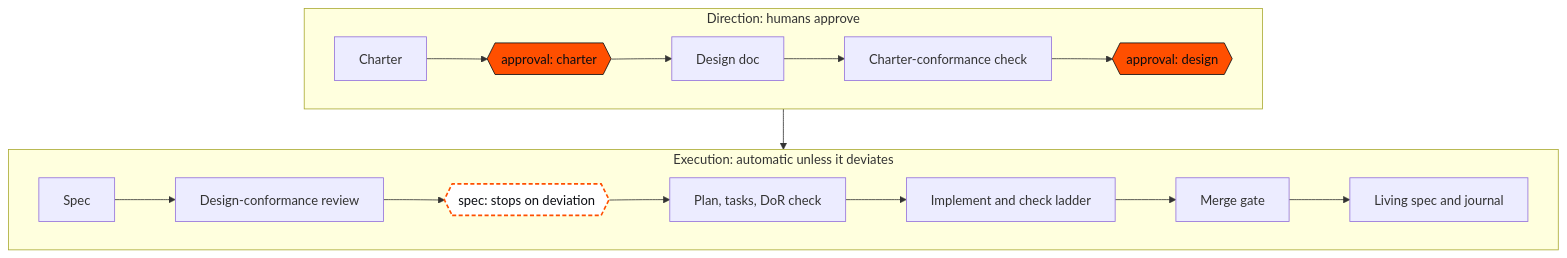
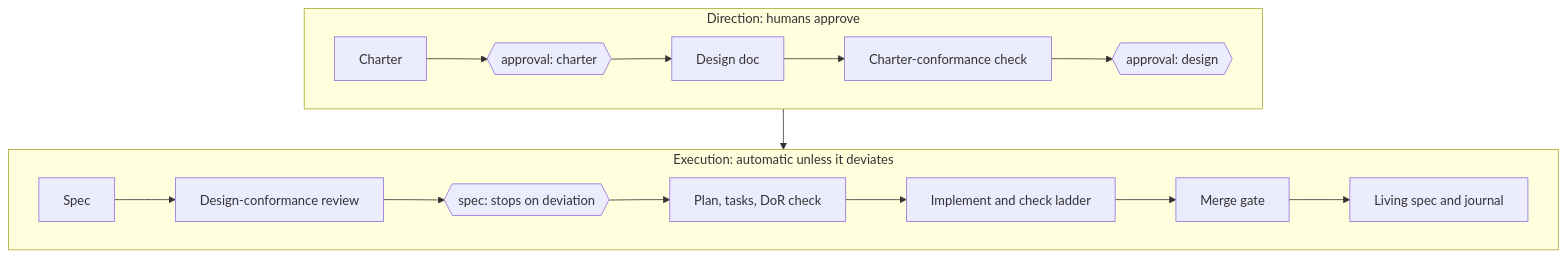
The diagram in docs/assets/diagrams/sdd-flow.mmd (ouroboric-dev/ouroboric), drawn with Mermaid before and after one commit. The commit also changed 26 other files, not shown here.

First line of the commit message:
brand: diagrams in the token palette and Inter, light and dark

```diff
--- a/docs/assets/diagrams/sdd-flow.mmd
+++ b/docs/assets/diagrams/sdd-flow.mmd
@@ -1,17 +1,15 @@
 flowchart TD
   subgraph DIR["Direction: humans approve"]
     direction LR
     C[Charter] --> GC{{approval: charter}}
     GC --> D[Design doc] --> CC[Charter-conformance check] --> GD{{approval: design}}
   end
   subgraph EXE["Execution: automatic unless it deviates"]
     direction LR
     S[Spec] --> R[Design-conformance review] --> GS{{spec: stops on deviation}}
     GS --> P[Plan, tasks, DoR check] --> B[Implement and check ladder]
     B --> M[Merge gate] --> L[Living spec and journal]
   end
   GD --> S
-  classDef gate fill:#FF4F00,color:#0B0D12,stroke:#0B0D12
-  classDef cond fill:#FFFFFF,color:#0B0D12,stroke:#FF4F00,stroke-width:2px,stroke-dasharray:5 3
   class GC,GD gate
   class GS cond
```
